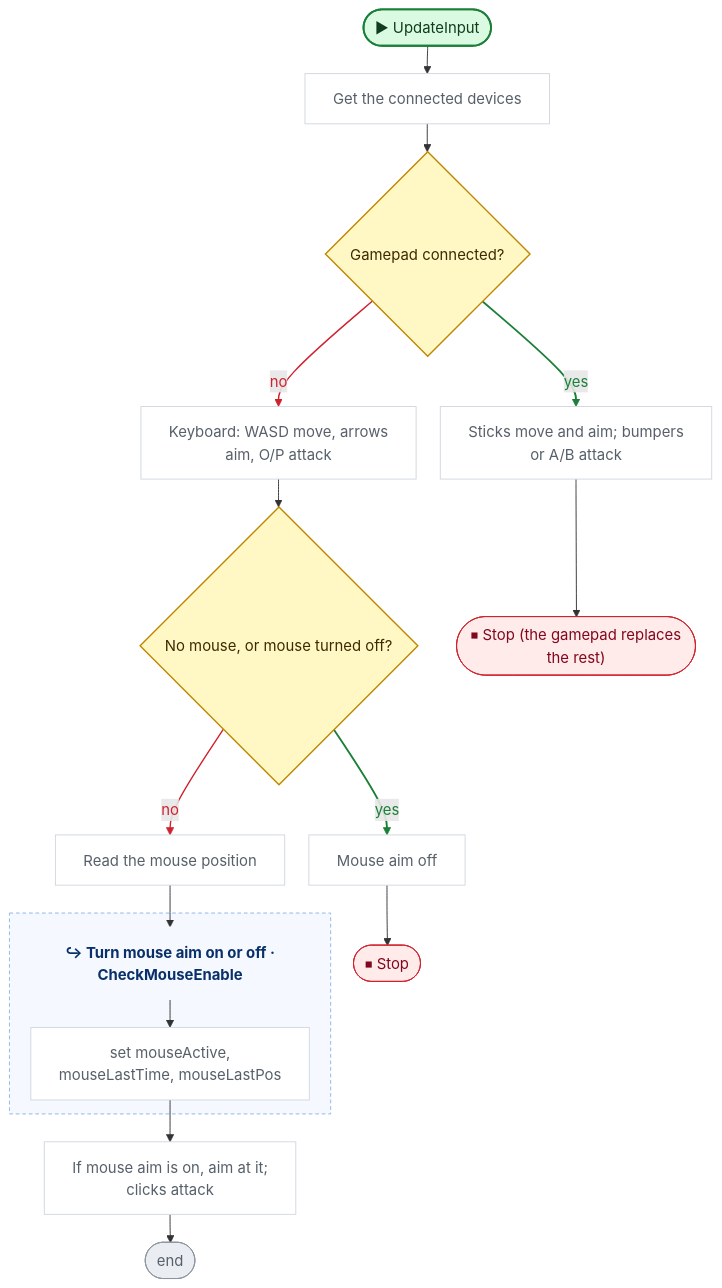
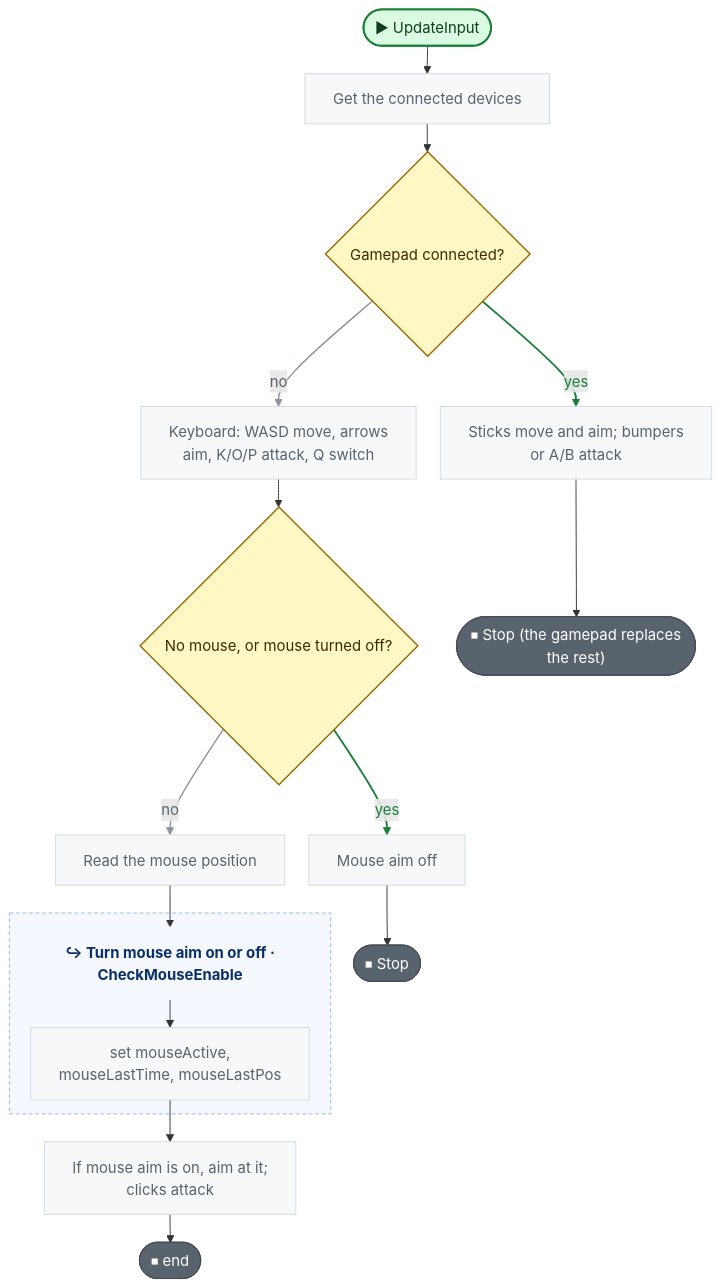
One commit to nataiai/Lord-of-the-Dungeon changed the fifth of 5 diagrams in CodeGraph~/graph/Controller.cs.md. Above: the diagram before and after it, drawn with Mermaid. The commit also changed other lines of this file and 57 other files, not shown here.

````diff
--- a/CodeGraph~/graph/Controller.cs.md
+++ b/CodeGraph~/graph/Controller.cs.md
@@ -180,66 +182,66 @@
 ```mermaid
 ---
 config:
   flowchart:
     wrappingWidth: 260
     nodeSpacing: 26
     rankSpacing: 30
 ---
 flowchart TD
   nS(["▶ UpdateInput"])
   n539747["Get the connected devices"]
   n590607{"Gamepad connected?"}
   n950fae["Sticks move and aim; bumpers<br>or A/B attack"]
-  n9c3ff5["Keyboard: WASD move, arrows<br>aim, O/P attack"]
+  n9c3ff5["Keyboard: WASD move, arrows<br>aim, K/O/P attack, Q switch"]
   n2ca3df{"No mouse, or mouse turned off?"}
   n75ebd0["Mouse aim off"]
   na08b7c["Read the mouse position"]
   n9f6c98_h["↪ Turn mouse aim on or off ·<br>CheckMouseEnable"]
   n9f6c98_n49a6a6["set mouseActive,<br>mouseLastTime, mouseLastPos"]
   n3a4432["If mouse aim is on, aim at it;<br>clicks attack"]
-  nE(["end"])
+  nE(["⏹ end"])
   nb2e4fc(["⏹ Stop (the gamepad replaces<br>the rest)"])
   n8ac8b5(["⏹ Stop"])
   subgraph n9f6c98_g[" "]
     n9f6c98_h
     n9f6c98_n49a6a6
   end
   style n9f6c98_g fill:#f5f9ff,stroke:#8cb4e8,stroke-dasharray:4 3,color:#0a3069
   nS --> n539747
   n539747 --> n590607
   n950fae --> nb2e4fc
   n590607 -->|no| n9c3ff5
   n590607 -->|yes| n950fae
   n9c3ff5 --> n2ca3df
   n75ebd0 --> n8ac8b5
   n2ca3df -->|no| na08b7c
   n2ca3df -->|yes| n75ebd0
   na08b7c --> n9f6c98_h
   n3a4432 --> nE
   n9f6c98_h --> n9f6c98_n49a6a6
   n9f6c98_n49a6a6 --> n3a4432
-  linkStyle 3 stroke:#cf222e,stroke-width:1.5px,color:#cf222e
+  linkStyle 3 stroke:#8c959f,stroke-width:1.5px,color:#59636e
   linkStyle 4 stroke:#1a7f37,stroke-width:2px,color:#1a7f37
-  linkStyle 7 stroke:#cf222e,stroke-width:1.5px,color:#cf222e
+  linkStyle 7 stroke:#8c959f,stroke-width:1.5px,color:#59636e
   linkStyle 8 stroke:#1a7f37,stroke-width:2px,color:#1a7f37
   classDef unity fill:#dafbe1,stroke:#1a7f37,stroke-width:2px,color:#0f3d1d
   classDef start fill:#dafbe1,stroke:#1a7f37,stroke-width:2px,color:#0f3d1d
-  classDef calc fill:#ffffff,stroke:#d0d7de,color:#57606a
+  classDef calc fill:#f6f8fa,stroke:#d1d9e0,color:#59636e
   classDef calls fill:#ddf4ff,stroke:#0969da,stroke-width:2px,color:#0a3069
-  classDef ext fill:#ddf4ff,stroke:#0969da,stroke-width:2px,stroke-dasharray:5 3,color:#0a3069
-  classDef cond fill:#fff8c5,stroke:#bf8700,stroke-width:1.5px,color:#3d2a00
-  classDef loop fill:#f6f8fa,stroke:#57606a,color:#1f2328
-  classDef exit fill:#ffebe9,stroke:#cf222e,color:#82071e
+  classDef ext fill:#f6f8fa,stroke:#59636e,stroke-width:1.5px,stroke-dasharray:5 5,color:#1f2328
+  classDef cond fill:#fff8c5,stroke:#9a6700,stroke-width:1.5px,color:#3d2a00
+  classDef loop fill:#fff8c5,stroke:#9a6700,color:#3d2a00
+  classDef wait fill:#fff8c5,stroke:#9a6700,color:#3d2a00
+  classDef exit fill:#59636e,stroke:#424a53,color:#ffffff
+  classDef fin fill:#59636e,stroke:#424a53,color:#ffffff
+  classDef act fill:#ffffff,stroke:#59636e,stroke-width:1.5px,color:#1f2328
   classDef kill fill:#ffebe9,stroke:#cf222e,stroke-width:2px,color:#82071e
-  classDef spawn fill:#dafbe1,stroke:#1a7f37,stroke-width:2px,color:#0f3d1d
-  classDef wait fill:#fff1e5,stroke:#bc4c00,color:#4d1d00
-  classDef fin fill:#eaeef2,stroke:#8c959f,color:#57606a
   classDef join fill:#d0d7de,stroke:#8c959f,color:#57606a
   classDef ghdr fill:#f5f9ff,stroke:#f5f9ff,color:#0a3069,font-weight:bold
   class n539747,n950fae,n9c3ff5,n75ebd0,na08b7c,n9f6c98_n49a6a6,n3a4432 calc
   class n590607,n2ca3df cond
   class nb2e4fc,n8ac8b5 exit
   class nE fin
   class n9f6c98_h ghdr
   class nS start
 ```
````
